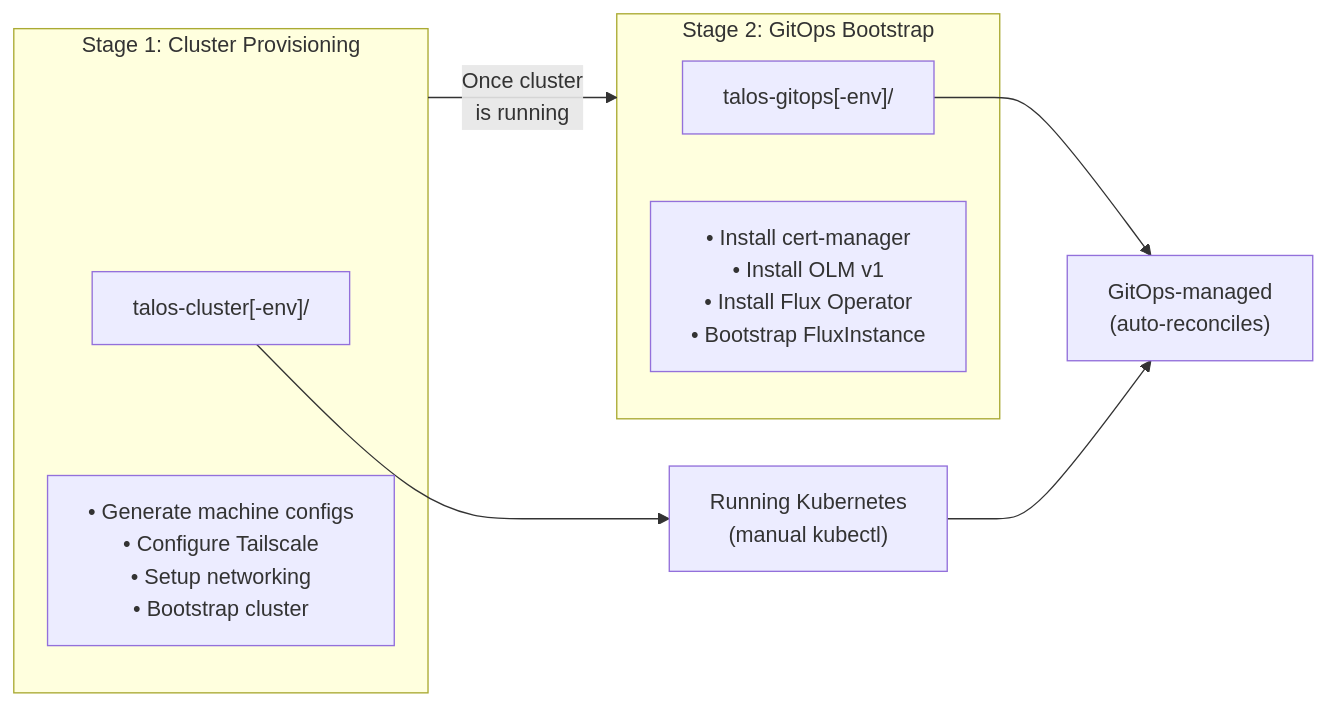
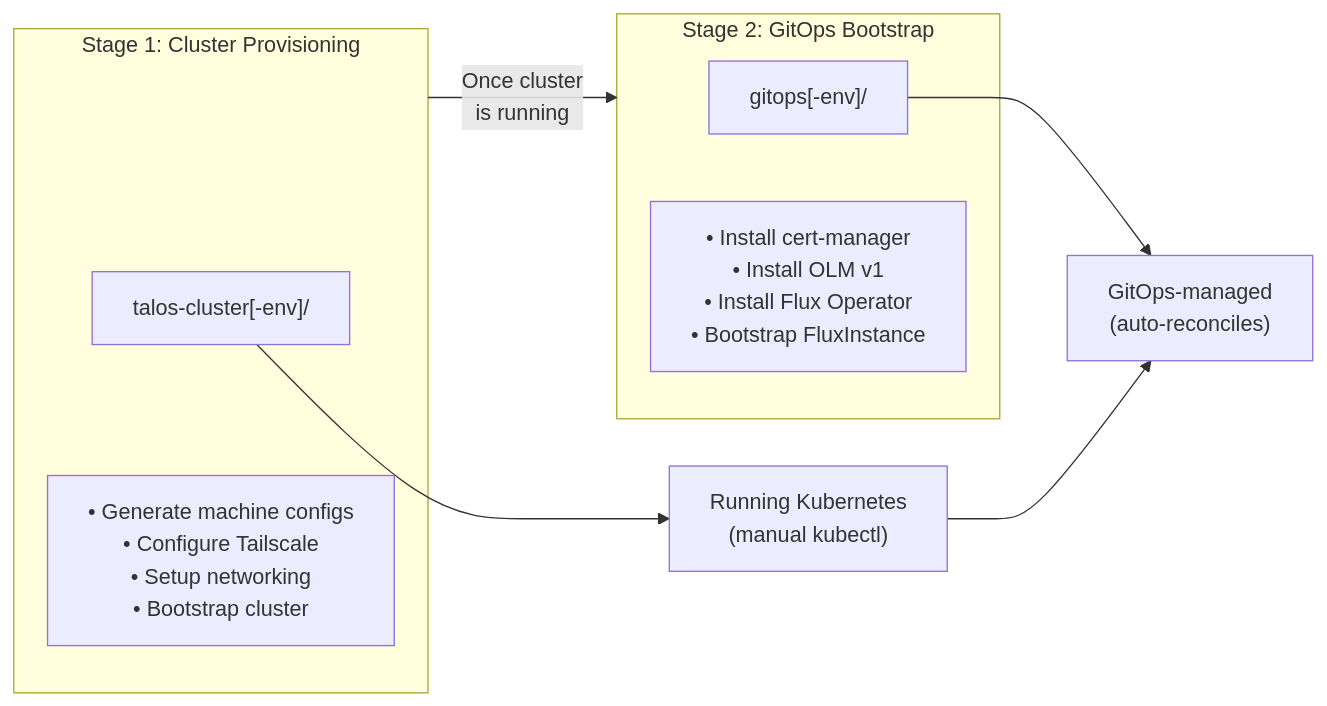
The diagram in terraform/environments/README.md (shangkuei/infrastructure), drawn with Mermaid before and after one commit. The commit also changed other lines of this file and 105 other files, not shown here.

First line of the commit message:
refactor(terraform): rename talos-gitops to gitops and add new environments

````diff
--- a/terraform/environments/README.md
+++ b/terraform/environments/README.md
@@ -9,18 +9,18 @@
 ```mermaid
 flowchart LR
     subgraph stage1["Stage 1: Cluster Provisioning"]
         cluster["talos-cluster[-env]/"]
         cluster_tasks["• Generate machine configs<br/>• Configure Tailscale<br/>• Setup networking<br/>• Bootstrap cluster"]
     end
 
     subgraph stage2["Stage 2: GitOps Bootstrap"]
-        gitops["talos-gitops[-env]/"]
+        gitops["gitops[-env]/"]
         gitops_tasks["• Install cert-manager<br/>• Install OLM v1<br/>• Install Flux Operator<br/>• Bootstrap FluxInstance"]
     end
 
     stage1 -->|"Once cluster<br/>is running"| stage2
 
     cluster --> k8s["Running Kubernetes<br/>(manual kubectl)"]
     gitops --> managed["GitOps-managed<br/>(auto-reconciles)"]
     k8s --> managed
 ```
````
